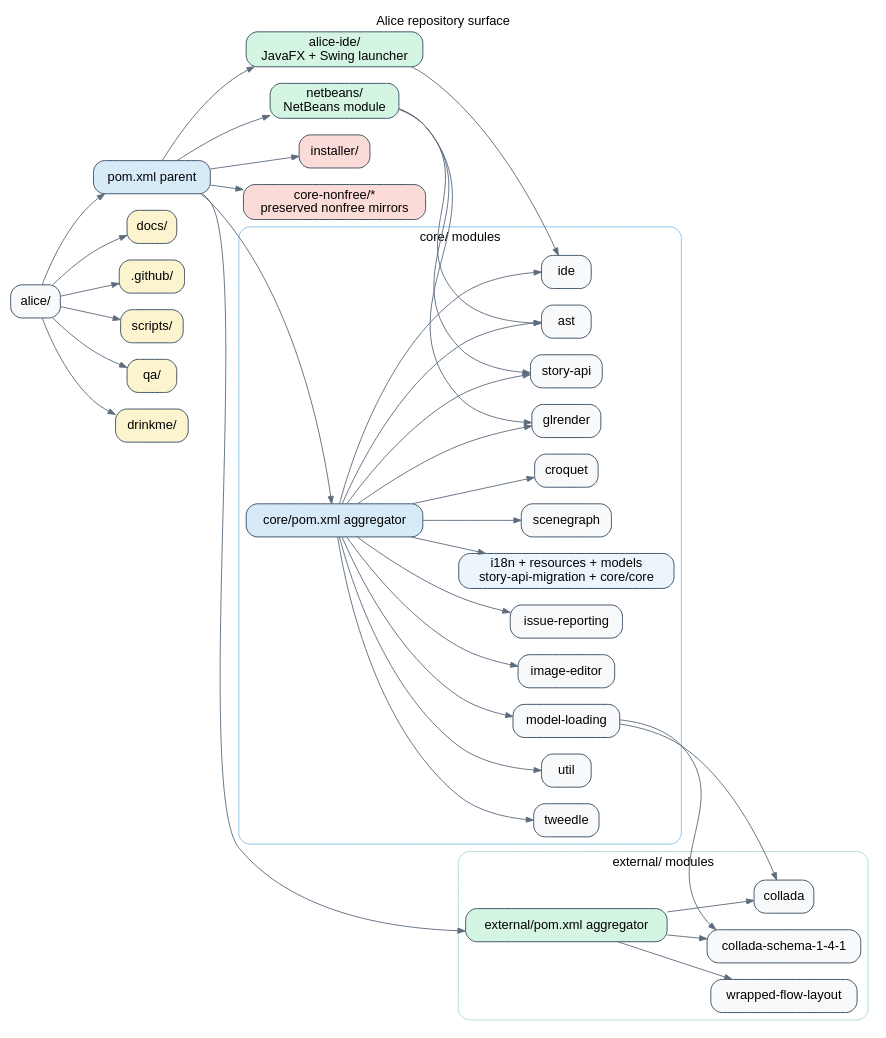
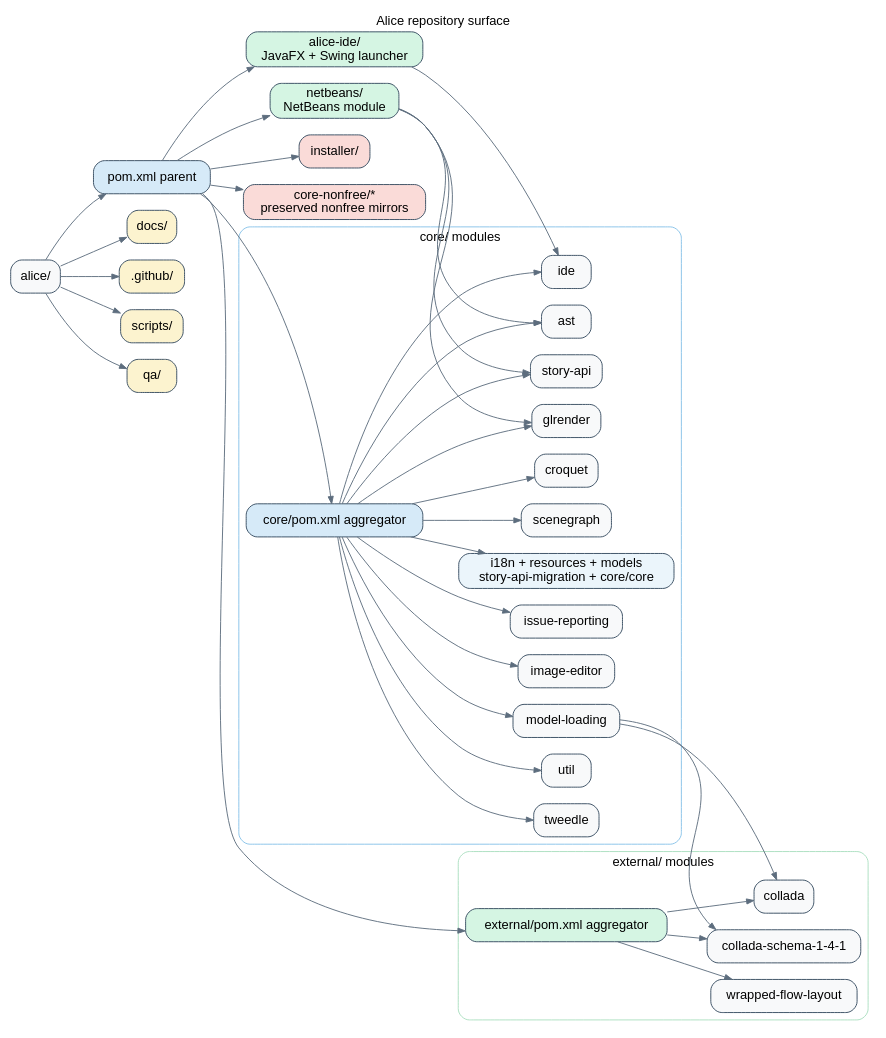
Before and after one commit to asw101/RabbitHole: the diagram in docs/atlas/repo-surface/repo-surface.dot, drawn with Graphviz. The commit also changed 25 other files, not shown here.

```diff
--- a/docs/atlas/repo-surface/repo-surface.dot
+++ b/docs/atlas/repo-surface/repo-surface.dot
@@ -1,88 +1,86 @@
 digraph repo_surface {
   rankdir=LR;
   graph [fontname="Helvetica", labelloc=t, label="Alice repository surface"];
   node [shape=box, style="rounded,filled", fillcolor="#F8F9FA", color="#34495E", fontname="Helvetica"];
   edge [color="#5D6D7E", arrowsize=0.8];
 
   root [label="alice/"];
   rootpom [label="pom.xml parent", fillcolor="#D6EAF8"];
   docs [label="docs/", fillcolor="#FCF3CF"];
   gh [label=".github/", fillcolor="#FCF3CF"];
   scripts [label="scripts/", fillcolor="#FCF3CF"];
   qa [label="qa/", fillcolor="#FCF3CF"];
-  drinkme [label="drinkme/", fillcolor="#FCF3CF"];
   aliceide [label="alice-ide/
 JavaFX + Swing launcher", fillcolor="#D5F5E3"];
   netbeans [label="netbeans/
 NetBeans module", fillcolor="#D5F5E3"];
   installer [label="installer/", fillcolor="#FADBD8"];
   corenonfree [label="core-nonfree/*
 preserved nonfree mirrors", fillcolor="#FADBD8"];
 
   root -> rootpom;
   root -> docs;
   root -> gh;
   root -> scripts;
   root -> qa;
-  root -> drinkme;
   rootpom -> aliceide;
   rootpom -> netbeans;
   rootpom -> installer;
   rootpom -> corenonfree;
 
   subgraph cluster_core {
     label="core/ modules";
     color="#85C1E9";
     style="rounded";
     corepom [label="core/pom.xml aggregator", fillcolor="#D6EAF8"];
     util [label="util"];
     croquet [label="croquet"];
     tweedle [label="tweedle"];
     ast [label="ast"];
     scenegraph [label="scenegraph"];
     glrender [label="glrender"];
     storyapi [label="story-api"];
     ide [label="ide"];
     modelloading [label="model-loading"];
     imageeditor [label="image-editor"];
     issuereporting [label="issue-reporting"];
     aux [label="i18n + resources + models
 story-api-migration + core/core", fillcolor="#EBF5FB"];
 
     corepom -> util;
     corepom -> croquet;
     corepom -> tweedle;
     corepom -> ast;
     corepom -> scenegraph;
     corepom -> glrender;
     corepom -> storyapi;
     corepom -> ide;
     corepom -> modelloading;
     corepom -> imageeditor;
     corepom -> issuereporting;
     corepom -> aux;
   }
 
   subgraph cluster_external {
     label="external/ modules";
     color="#A9DFBF";
     style="rounded";
     externalpom [label="external/pom.xml aggregator", fillcolor="#D5F5E3"];
     collada [label="collada"];
     colladaschema [label="collada-schema-1-4-1"];
     wrapped [label="wrapped-flow-layout"];
 
     externalpom -> collada;
     externalpom -> colladaschema;
     externalpom -> wrapped;
   }
 
   rootpom -> corepom;
   rootpom -> externalpom;
   aliceide -> ide;
   netbeans -> storyapi;
   netbeans -> glrender;
   netbeans -> ast;
   modelloading -> collada;
   modelloading -> colladaschema;
 }
```
